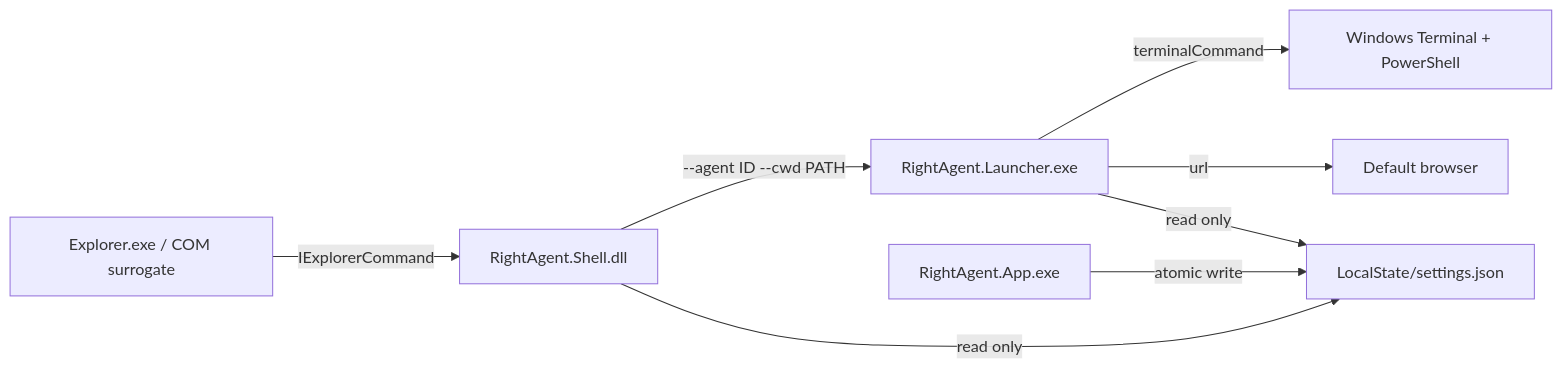
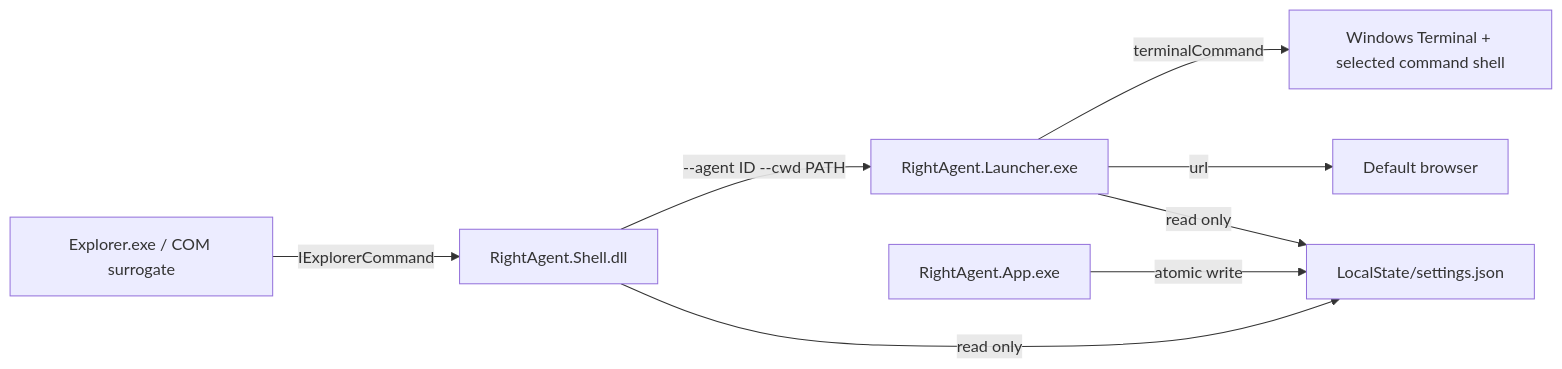
One commit to y0ung-jg-1/RightAgent changed the diagram in docs/ARCHITECTURE.md. Above: the diagram before and after it, drawn with Mermaid. The commit also changed other lines of this file and 24 other files, not shown here.

````diff
--- a/docs/ARCHITECTURE.md
+++ b/docs/ARCHITECTURE.md
@@ -3,10 +3,10 @@
 ```mermaid
 flowchart LR
     E["Explorer.exe / COM surrogate"] -->|"IExplorerCommand"| S["RightAgent.Shell.dll"]
     S -->|"--agent ID --cwd PATH"| L["RightAgent.Launcher.exe"]
-    L -->|"terminalCommand"| W["Windows Terminal + PowerShell"]
+    L -->|"terminalCommand"| W["Windows Terminal + selected command shell"]
     L -->|"url"| B["Default browser"]
     A["RightAgent.App.exe"] -->|"atomic write"| J["LocalState/settings.json"]
     S -->|"read only"| J
     L -->|"read only"| J
 ```
````
